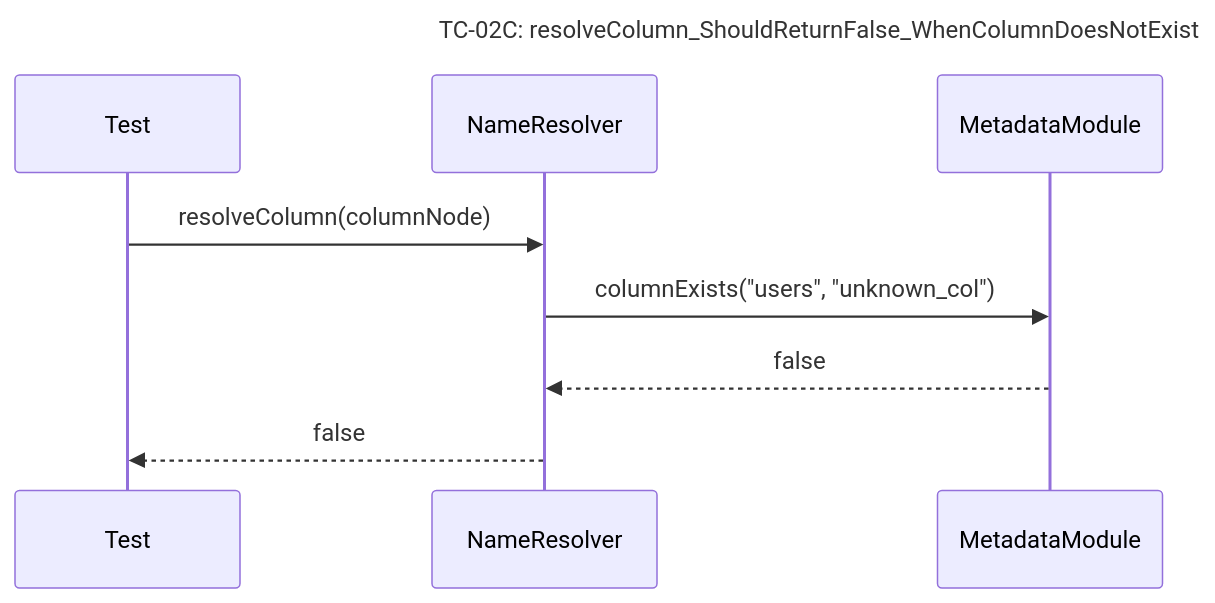
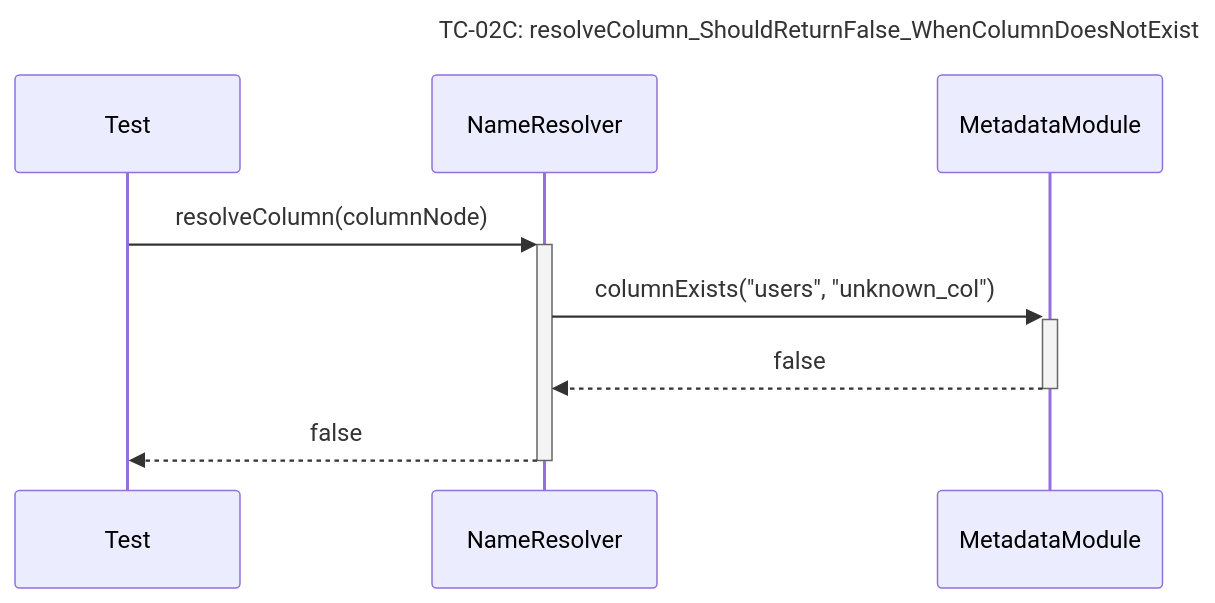
Before and after one commit to Dikhang1112/Database_Management_BBV: the ninth of 30 diagrams in docs/unit_test/query_prossor/SequeceTestCase.md, drawn with Mermaid. The commit also changed other lines of this file and 12 other files, not shown here.

Commit message:
Refactor sequece diagram

````diff
--- a/docs/unit_test/query_prossor/SequeceTestCase.md
+++ b/docs/unit_test/query_prossor/SequeceTestCase.md
@@ -137,12 +138,12 @@
 ```mermaid
 sequenceDiagram
     title TC-02C: resolveColumn_ShouldReturnFalse_WhenColumnDoesNotExist
     participant Test
     participant NameResolver
     participant MetadataModule
 
-    Test->>NameResolver: resolveColumn(columnNode)
-    NameResolver->>MetadataModule: columnExists("users", "unknown_col")
-    MetadataModule-->>NameResolver: false
-    NameResolver-->>Test: false
+    Test->>+NameResolver: resolveColumn(columnNode)
+    NameResolver->>+MetadataModule: columnExists("users", "unknown_col")
+    MetadataModule-->>-NameResolver: false
+    NameResolver-->>-Test: false
 ```
````
